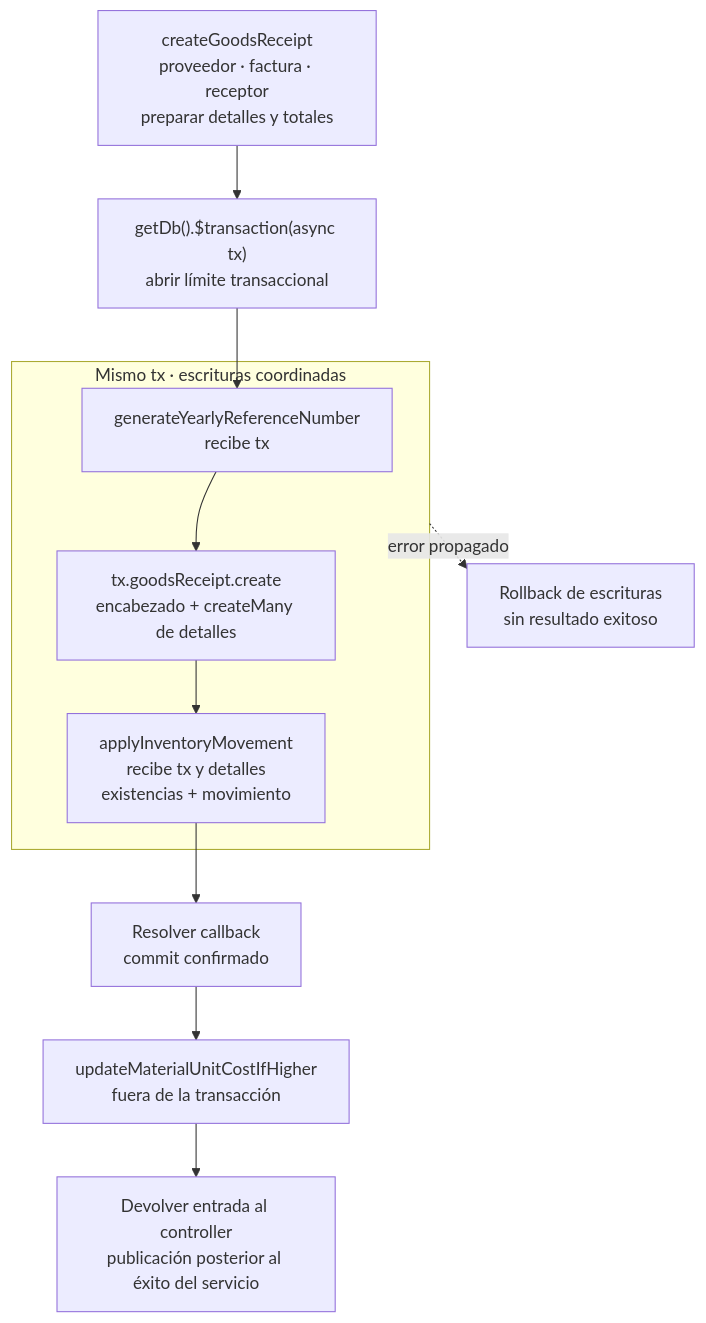
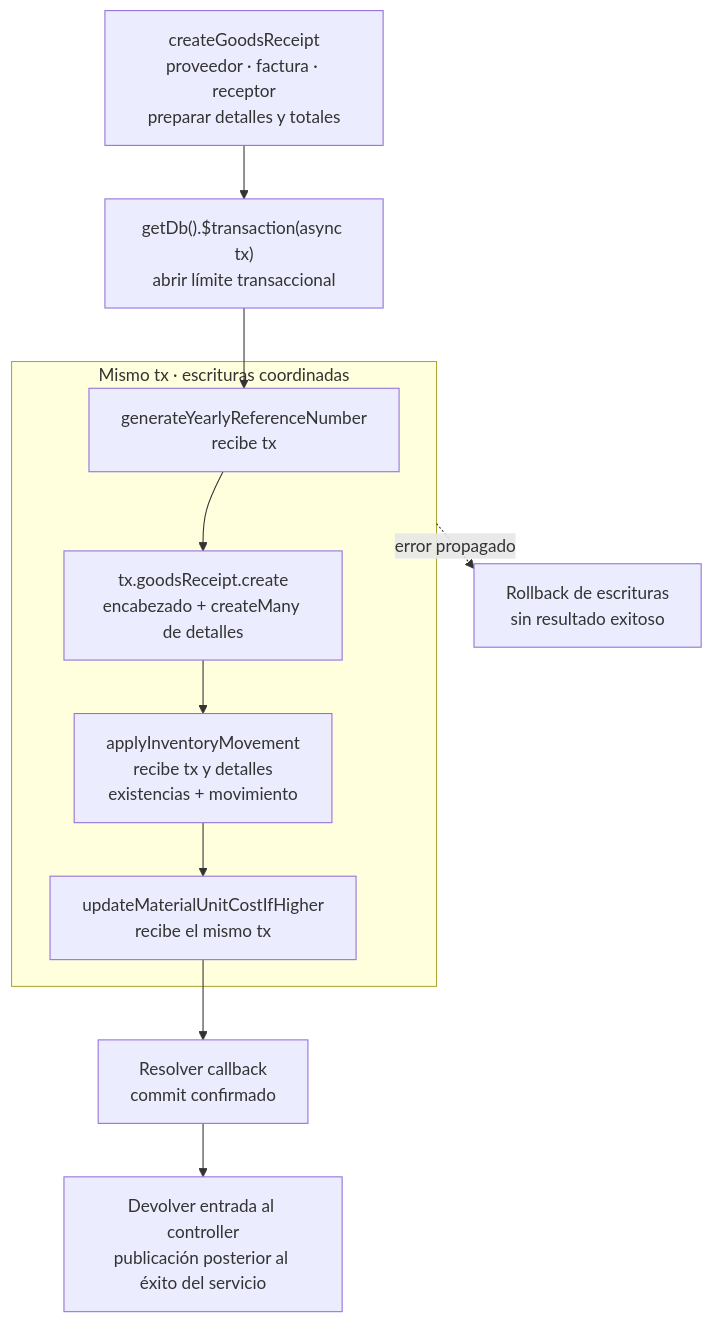
The diagram in docs/architecture/views/development/design-and-construction-patterns/09-context-transactional-and-consistency-atomic.md (gpgsistemas01/nexus), drawn with Mermaid before and after one commit. The commit also changed other lines of this file and 122 other files, not shown here.

````diff
--- a/docs/architecture/views/development/design-and-construction-patterns/09-context-transactional-and-consistency-atomic.md
+++ b/docs/architecture/views/development/design-and-construction-patterns/09-context-transactional-and-consistency-atomic.md
@@ -27,13 +27,13 @@
 ```mermaid
 flowchart TB
     prepare["createGoodsReceipt<br/>proveedor · factura · receptor<br/>preparar detalles y totales"] --> begin["getDb().$transaction(async tx)<br/>abrir límite transaccional"]
     begin --> reference
     subgraph transaction["Mismo tx · escrituras coordinadas"]
         reference["generateYearlyReferenceNumber<br/>recibe tx"] --> document["tx.goodsReceipt.create<br/>encabezado + createMany de detalles"]
         document --> movement["applyInventoryMovement<br/>recibe tx y detalles<br/>existencias + movimiento"]
+        movement --> costs["updateMaterialUnitCostIfHigher<br/>recibe el mismo tx"]
     end
-    movement --> commit["Resolver callback<br/>commit confirmado"]
+    costs --> commit["Resolver callback<br/>commit confirmado"]
     transaction -. error propagado .-> rollback["Rollback de escrituras<br/>sin resultado exitoso"]
-    commit --> costs["updateMaterialUnitCostIfHigher<br/>fuera de la transacción"]
-    costs --> result["Devolver entrada al controller<br/>publicación posterior al éxito del servicio"]
+    commit --> result["Devolver entrada al controller<br/>publicación posterior al éxito del servicio"]
 ```
````
